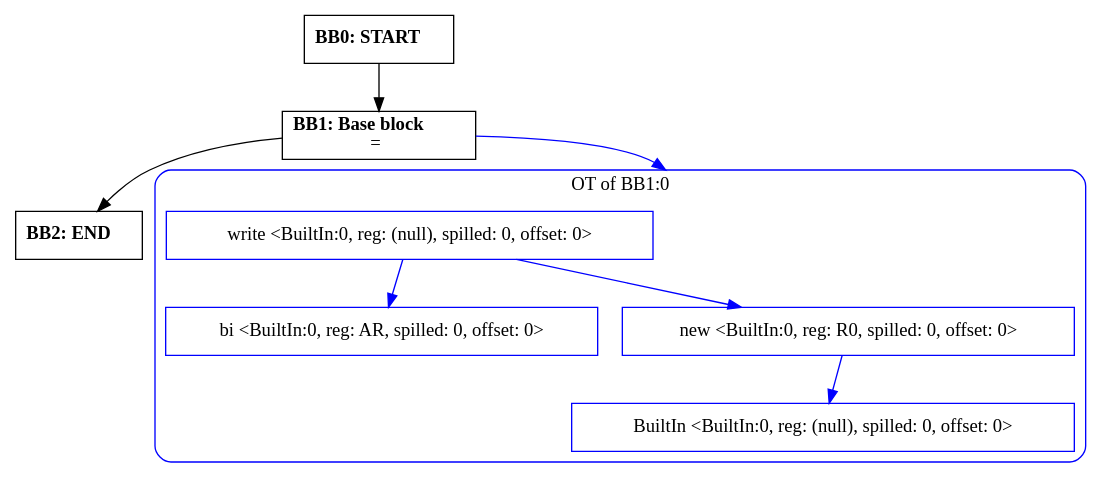
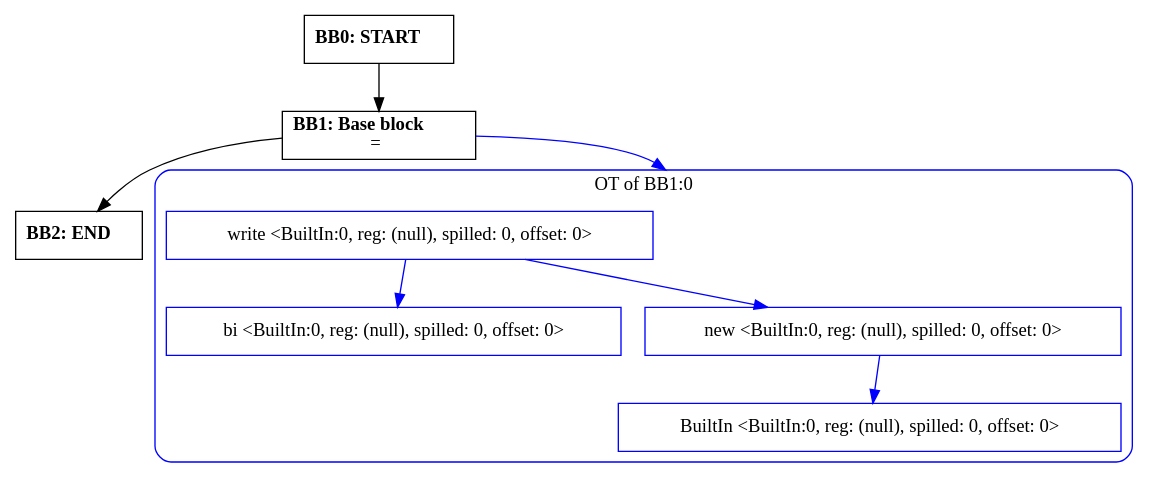
One commit to zavar152-cv/myLang-oop-compiler changed the diagram in outputs/cfg/io.IO.IO.dot. Above: the diagram before and after it, drawn with Graphviz. The commit also changed 33 other files, not shown here.

```diff
--- a/outputs/cfg/io.IO.IO.dot
+++ b/outputs/cfg/io.IO.IO.dot
@@ -1,26 +1,26 @@
 digraph CFG {
     compound=true;
     graph [splines=true];
     node [shape=rectangle];
 
     BB2 [label=<<B>BB2: END</B><BR ALIGN="CENTER"/>>];
     BB1 [label=<<B>BB1: Base block</B><BR ALIGN="CENTER"/>=<BR ALIGN="CENTER"/>>];
     subgraph cluster_instruction0 {
         label = "OT of BB1:0";
         style=rounded;
         color=blue;
         entry0 [shape=point, style=invis];
         node0 [label="write <BuiltIn:0, reg: (null), spilled: 0, offset: 0>", color=blue];
-        node1 [label="bi <BuiltIn:0, reg: AR, spilled: 0, offset: 0>", color=blue];
+        node1 [label="bi <BuiltIn:0, reg: (null), spilled: 0, offset: 0>", color=blue];
         node0 -> node1[color=blue];
-        node2 [label="new <BuiltIn:0, reg: R0, spilled: 0, offset: 0>", color=blue];
+        node2 [label="new <BuiltIn:0, reg: (null), spilled: 0, offset: 0>", color=blue];
         node3 [label="BuiltIn <BuiltIn:0, reg: (null), spilled: 0, offset: 0>", color=blue];
         node2 -> node3[color=blue];
         node0 -> node2[color=blue];
     }
     BB1 -> entry0 [lhead=cluster_instruction0, color=blue];
     BB0 [label=<<B>BB0: START</B><BR ALIGN="CENTER"/>>];
 
     BB1 -> BB2;
     BB0 -> BB1;
 }
```
